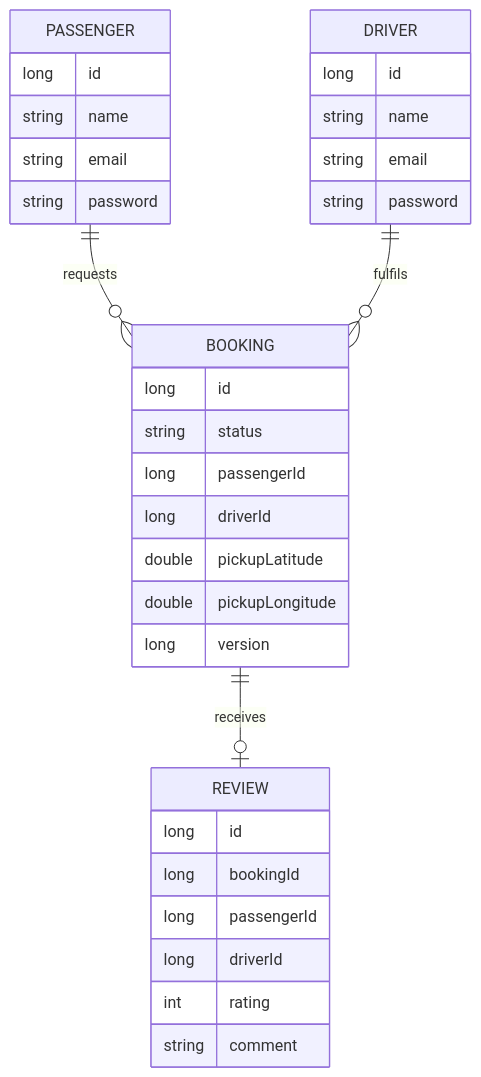
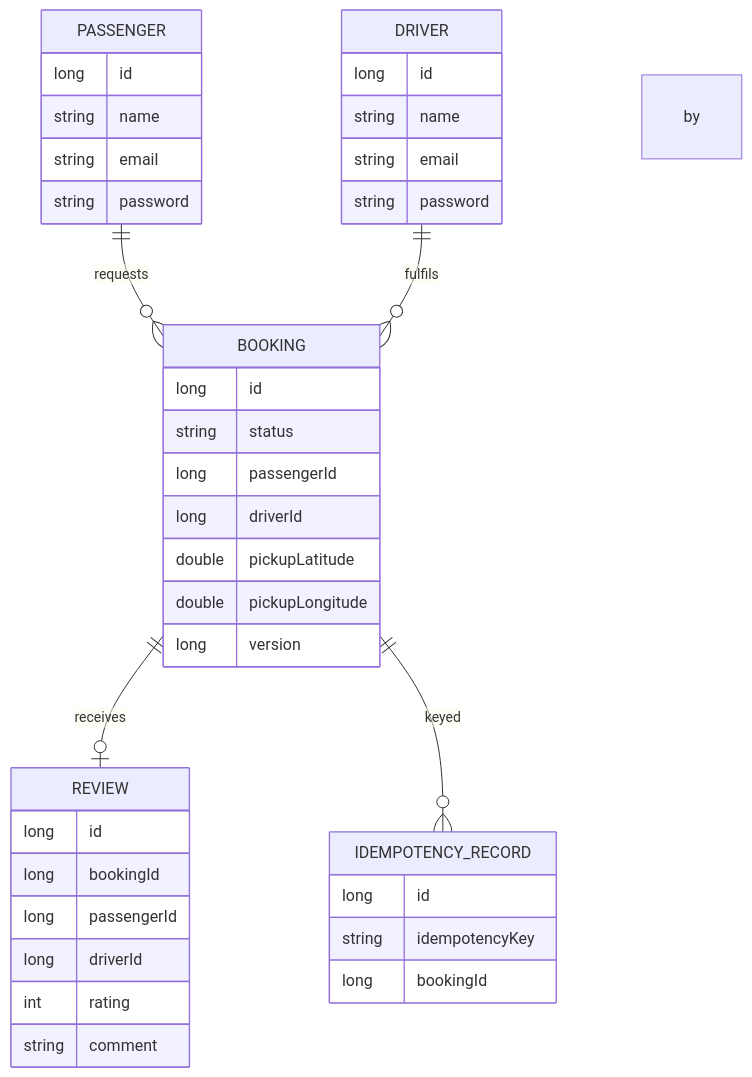
Before and after one commit to piyush932/uber-ride-platform: the sixth of 6 diagrams in docs/HLD.md, drawn with Mermaid. The commit also changed other lines of this file and 21 other files, not shown here.

Commit message:
Stage 5: api-gateway (JWT check, circuit breakers, optional Redis rate limit), booking idempotency key and socket circuit breaker, docs

````diff
--- a/docs/HLD.md
+++ b/docs/HLD.md
@@ -149,10 +157,12 @@
 ```mermaid
 erDiagram
     PASSENGER ||--o{ BOOKING : requests
     DRIVER ||--o{ BOOKING : fulfils
     BOOKING ||--o| REVIEW : receives
+    BOOKING ||--o{ IDEMPOTENCY_RECORD : keyed by
     PASSENGER { long id string name string email string password }
     DRIVER { long id string name string email string password }
     BOOKING { long id string status long passengerId long driverId double pickupLatitude double pickupLongitude long version }
     REVIEW { long id long bookingId long passengerId long driverId int rating string comment }
+    IDEMPOTENCY_RECORD { long id string idempotencyKey long bookingId }
 ```
````
